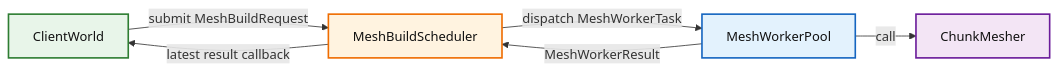
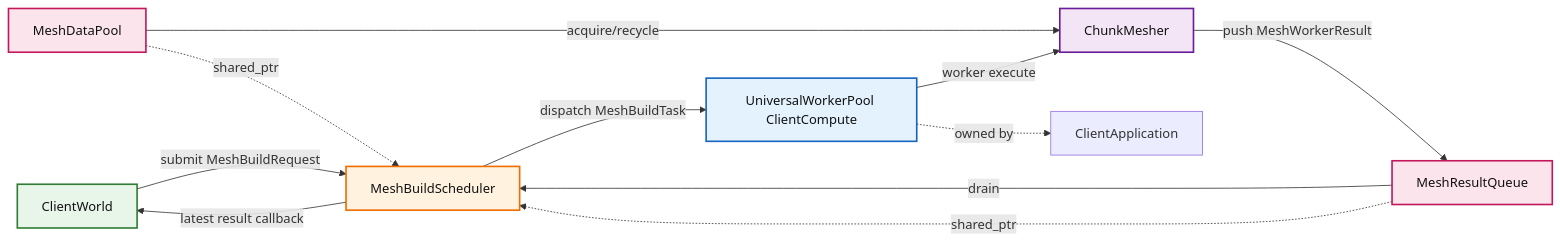
The diagram in src/client/renderer/mesh/README.md (g122622/Cubium), drawn with Mermaid before and after one commit. The commit also changed other lines of this file and 86 other files, not shown here.

````diff
--- a/src/client/renderer/mesh/README.md
+++ b/src/client/renderer/mesh/README.md
@@ -18,13 +25,20 @@
 ```mermaid
 graph LR
     A[ClientWorld] -->|submit MeshBuildRequest| B[MeshBuildScheduler]
-    B -->|dispatch MeshWorkerTask| C[MeshWorkerPool]
-    C -->|call| D[ChunkMesher]
-    C -->|MeshWorkerResult| B
+    B -->|dispatch MeshBuildTask| C[UniversalWorkerPool ClientCompute]
+    C -->|worker execute| D[ChunkMesher]
+    E -->|acquire/recycle| D
+    D -->|push MeshWorkerResult| F[MeshResultQueue]
+    F -->|drain| B
     B -->|latest result callback| A
+    E[MeshDataPool] -.shared_ptr.-> B
+    F -.shared_ptr.-> B
+    C -.owned by.-> G[ClientApplication]
 
     style A fill:#e8f5e9,stroke:#2e7d32,stroke-width:2px,color:#111
     style B fill:#fff3e0,stroke:#ef6c00,stroke-width:2px,color:#111
     style C fill:#e3f2fd,stroke:#1565c0,stroke-width:2px,color:#111
     style D fill:#f3e5f5,stroke:#6a1b9a,stroke-width:2px,color:#111
+    style E fill:#fce4ec,stroke:#c2185b,stroke-width:2px,color:#111
+    style F fill:#fce4ec,stroke:#c2185b,stroke-width:2px,color:#111
 ```
````
